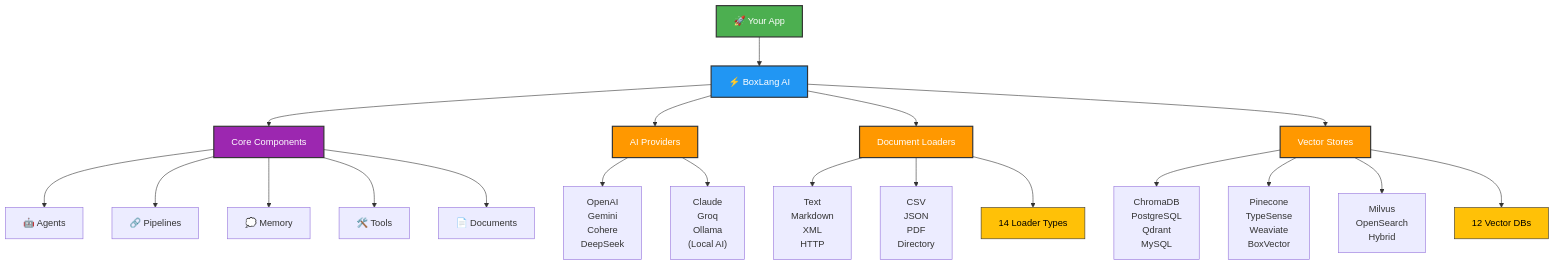
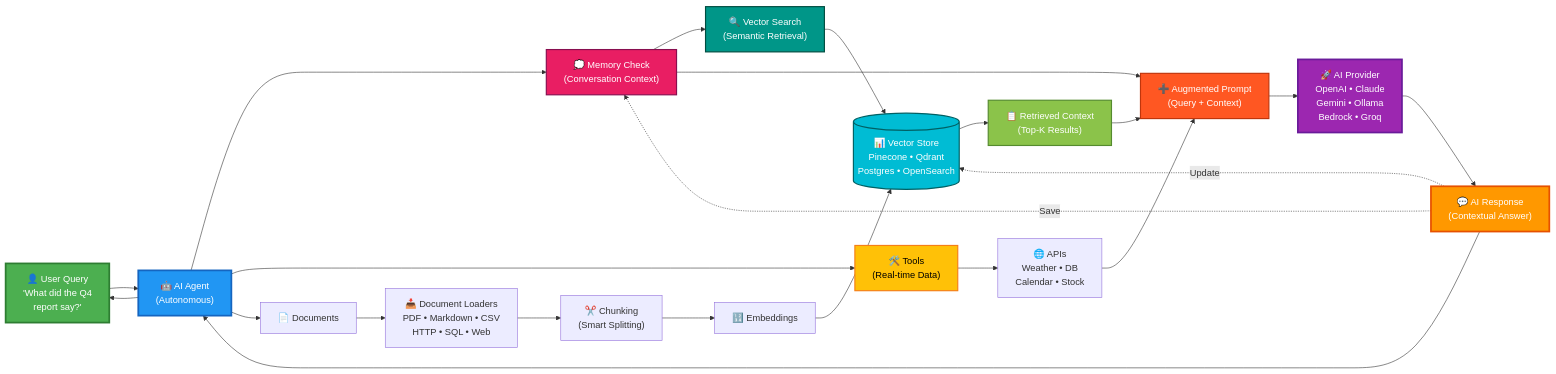
One commit to ortus-boxlang/bx-ai-docs changed the diagram in README.md. Above: the diagram before and after it, drawn with Mermaid. The commit also changed other lines of this file and 1 other file, not shown here.

````diff
--- a/README.md
+++ b/README.md
@@ -18,38 +16,46 @@
 ```mermaid
-graph TB
-    App["🚀 Your App"]
+graph LR
+    User["👤 User Query<br/>'What did the Q4<br/>report say?'"]
 
-    App --> Module["⚡ BoxLang AI"]
+    User --> Agent["🤖 AI Agent<br/>(Autonomous)"]
 
-    Module --> Components["Core Components"]
-    Components --> Agents["🤖 Agents"]
-    Components --> Pipelines["🔗 Pipelines"]
-    Components --> Memory["💭 Memory"]
-    Components --> Tools["🛠️ Tools"]
-    Components --> Documents["📄 Documents"]
+    Agent --> Memory["💭 Memory Check<br/>(Conversation Context)"]
+    Memory --> VectorSearch["🔍 Vector Search<br/>(Semantic Retrieval)"]
 
-    Module --> Providers["AI Providers"]
-    Module --> Loaders["Document Loaders"]
-    Module --> Vectors["Vector Stores"]
+    VectorSearch --> VectorDB[("📊 Vector Store<br/>Pinecone • Qdrant<br/>Postgres • OpenSearch")]
 
-    Providers --> OpenAI["OpenAI<br/>Gemini<br/>Cohere<br/>DeepSeek"]
-    Providers --> Claude["Claude<br/>Groq<br/>Ollama<br/>(Local AI)"]
+    Agent --> Tools["🛠️ Tools<br/>(Real-time Data)"]
+    Tools --> API["🌐 APIs<br/>Weather • DB<br/>Calendar • Stock"]
 
-    Loaders --> LoaderSet1["Text<br/>Markdown<br/>XML<br/>HTTP"]
-    Loaders --> LoaderSet2["CSV<br/>JSON<br/>PDF<br/>Directory"]
-    Loaders --> LoaderNote["14 Loader Types"]
+    Agent --> Docs["📄 Documents"]
+    Docs --> Loaders["📥 Document Loaders<br/>PDF • Markdown • CSV<br/>HTTP • SQL • Web"]
+    Loaders --> Chunks["✂️ Chunking<br/>(Smart Splitting)"]
+    Chunks --> Embed["🔢 Embeddings"]
+    Embed --> VectorDB
 
-    Vectors --> VectorSet1["ChromaDB<br/>PostgreSQL<br/>Qdrant<br/>MySQL"]
-    Vectors --> VectorSet2["Pinecone<br/>TypeSense<br/>Weaviate<br/>BoxVector"]
-    Vectors --> VectorSet3["Milvus<br/>OpenSearch<br/>Hybrid"]
-    Vectors --> VectorNote["12 Vector DBs"]
+    VectorDB --> Context["📋 Retrieved Context<br/>(Top-K Results)"]
+    Context --> Augment["➕ Augmented Prompt<br/>(Query + Context)"]
 
-    style App fill:#4CAF50,stroke:#333,stroke-width:2px,color:#fff
-    style Module fill:#2196F3,stroke:#333,stroke-width:2px,color:#fff
-    style Components fill:#9C27B0,stroke:#333,stroke-width:2px,color:#fff
-    style Providers fill:#FF9800,stroke:#333,stroke-width:2px,color:#fff
-    style Loaders fill:#FF9800,stroke:#333,stroke-width:2px,color:#fff
-    style Vectors fill:#FF9800,stroke:#333,stroke-width:2px,color:#fff
-    style LoaderNote fill:#FFC107,stroke:#333,stroke-width:1px,color:#000
-    style VectorNote fill:#FFC107,stroke:#333,stroke-width:1px,color:#000
+    Memory --> Augment
+    API --> Augment
+
+    Augment --> Provider["🚀 AI Provider<br/>OpenAI • Claude<br/>Gemini • Ollama<br/>Bedrock • Groq"]
+
+    Provider --> Response["💬 AI Response<br/>(Contextual Answer)"]
+    Response --> Agent
+    Agent --> User
+
+    Response -.->|Save| Memory
+    Response -.->|Update| VectorDB
+
+    style User fill:#4CAF50,stroke:#2E7D32,stroke-width:3px,color:#fff
+    style Agent fill:#2196F3,stroke:#1565C0,stroke-width:3px,color:#fff
+    style Provider fill:#9C27B0,stroke:#6A1B9A,stroke-width:3px,color:#fff
+    style Response fill:#FF9800,stroke:#E65100,stroke-width:3px,color:#fff
+    style VectorDB fill:#00BCD4,stroke:#006064,stroke-width:2px,color:#fff
+    style Memory fill:#E91E63,stroke:#880E4F,stroke-width:2px,color:#fff
+    style Tools fill:#FFC107,stroke:#F57F17,stroke-width:2px,color:#000
+    style VectorSearch fill:#009688,stroke:#004D40,stroke-width:2px,color:#fff
+    style Context fill:#8BC34A,stroke:#558B2F,stroke-width:2px,color:#fff
+    style Augment fill:#FF5722,stroke:#BF360C,stroke-width:2px,color:#fff
 ```
````
